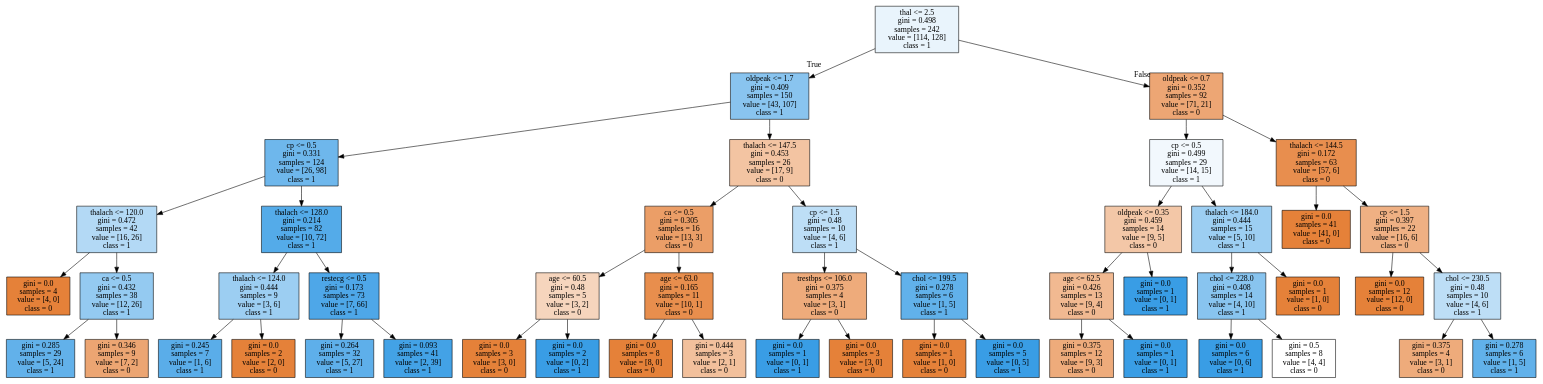
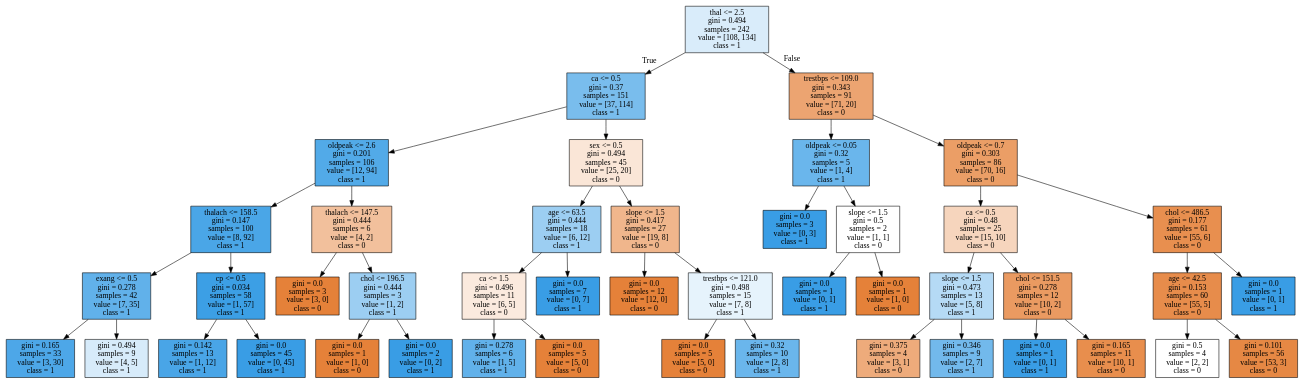
The diagram in lab-3/small_tree2.dot (AppLoidx/ML), drawn with Graphviz before and after one commit. The commit also changed 2 other files, not shown here.

```diff
--- a/lab-3/small_tree2.dot
+++ b/lab-3/small_tree2.dot
@@ -1,100 +1,92 @@
 digraph Tree {
 node [shape=box, style="filled", color="black"] ;
-0 [label="thal <= 2.5\ngini = 0.498\nsamples = 242\nvalue = [114, 128]\nclass = 1", fillcolor="#e9f4fc"] ;
-1 [label="oldpeak <= 1.7\ngini = 0.409\nsamples = 150\nvalue = [43, 107]\nclass = 1", fillcolor="#89c4ef"] ;
+0 [label="thal <= 2.5\ngini = 0.494\nsamples = 242\nvalue = [108, 134]\nclass = 1", fillcolor="#d9ecfa"] ;
+1 [label="ca <= 0.5\ngini = 0.37\nsamples = 151\nvalue = [37, 114]\nclass = 1", fillcolor="#79bded"] ;
 0 -> 1 [labeldistance=2.5, labelangle=45, headlabel="True"] ;
-2 [label="cp <= 0.5\ngini = 0.331\nsamples = 124\nvalue = [26, 98]\nclass = 1", fillcolor="#6eb7ec"] ;
+2 [label="oldpeak <= 2.6\ngini = 0.201\nsamples = 106\nvalue = [12, 94]\nclass = 1", fillcolor="#52aae8"] ;
 1 -> 2 ;
-3 [label="thalach <= 120.0\ngini = 0.472\nsamples = 42\nvalue = [16, 26]\nclass = 1", fillcolor="#b3d9f5"] ;
+3 [label="thalach <= 158.5\ngini = 0.147\nsamples = 100\nvalue = [8, 92]\nclass = 1", fillcolor="#4aa6e7"] ;
 2 -> 3 ;
-4 [label="gini = 0.0\nsamples = 4\nvalue = [4, 0]\nclass = 0", fillcolor="#e58139"] ;
+4 [label="exang <= 0.5\ngini = 0.278\nsamples = 42\nvalue = [7, 35]\nclass = 1", fillcolor="#61b1ea"] ;
 3 -> 4 ;
-5 [label="ca <= 0.5\ngini = 0.432\nsamples = 38\nvalue = [12, 26]\nclass = 1", fillcolor="#94caf1"] ;
-3 -> 5 ;
-6 [label="gini = 0.285\nsamples = 29\nvalue = [5, 24]\nclass = 1", fillcolor="#62b1ea"] ;
-5 -> 6 ;
-7 [label="gini = 0.346\nsamples = 9\nvalue = [7, 2]\nclass = 0", fillcolor="#eca572"] ;
-5 -> 7 ;
-8 [label="thalach <= 128.0\ngini = 0.214\nsamples = 82\nvalue = [10, 72]\nclass = 1", fillcolor="#54abe9"] ;
-2 -> 8 ;
-9 [label="thalach <= 124.0\ngini = 0.444\nsamples = 9\nvalue = [3, 6]\nclass = 1", fillcolor="#9ccef2"] ;
-8 -> 9 ;
-10 [label="gini = 0.245\nsamples = 7\nvalue = [1, 6]\nclass = 1", fillcolor="#5aade9"] ;
-9 -> 10 ;
-11 [label="gini = 0.0\nsamples = 2\nvalue = [2, 0]\nclass = 0", fillcolor="#e58139"] ;
-9 -> 11 ;
-12 [label="restecg <= 0.5\ngini = 0.173\nsamples = 73\nvalue = [7, 66]\nclass = 1", fillcolor="#4ea7e8"] ;
-8 -> 12 ;
-13 [label="gini = 0.264\nsamples = 32\nvalue = [5, 27]\nclass = 1", fillcolor="#5eafea"] ;
+5 [label="gini = 0.165\nsamples = 33\nvalue = [3, 30]\nclass = 1", fillcolor="#4da7e8"] ;
+4 -> 5 ;
+6 [label="gini = 0.494\nsamples = 9\nvalue = [4, 5]\nclass = 1", fillcolor="#d7ebfa"] ;
+4 -> 6 ;
+7 [label="cp <= 0.5\ngini = 0.034\nsamples = 58\nvalue = [1, 57]\nclass = 1", fillcolor="#3c9fe5"] ;
+3 -> 7 ;
+8 [label="gini = 0.142\nsamples = 13\nvalue = [1, 12]\nclass = 1", fillcolor="#49a5e7"] ;
+7 -> 8 ;
+9 [label="gini = 0.0\nsamples = 45\nvalue = [0, 45]\nclass = 1", fillcolor="#399de5"] ;
+7 -> 9 ;
+10 [label="thalach <= 147.5\ngini = 0.444\nsamples = 6\nvalue = [4, 2]\nclass = 0", fillcolor="#f2c09c"] ;
+2 -> 10 ;
+11 [label="gini = 0.0\nsamples = 3\nvalue = [3, 0]\nclass = 0", fillcolor="#e58139"] ;
+10 -> 11 ;
+12 [label="chol <= 196.5\ngini = 0.444\nsamples = 3\nvalue = [1, 2]\nclass = 1", fillcolor="#9ccef2"] ;
+10 -> 12 ;
+13 [label="gini = 0.0\nsamples = 1\nvalue = [1, 0]\nclass = 0", fillcolor="#e58139"] ;
 12 -> 13 ;
-14 [label="gini = 0.093\nsamples = 41\nvalue = [2, 39]\nclass = 1", fillcolor="#43a2e6"] ;
+14 [label="gini = 0.0\nsamples = 2\nvalue = [0, 2]\nclass = 1", fillcolor="#399de5"] ;
 12 -> 14 ;
-15 [label="thalach <= 147.5\ngini = 0.453\nsamples = 26\nvalue = [17, 9]\nclass = 0", fillcolor="#f3c4a2"] ;
+15 [label="sex <= 0.5\ngini = 0.494\nsamples = 45\nvalue = [25, 20]\nclass = 0", fillcolor="#fae6d7"] ;
 1 -> 15 ;
-16 [label="ca <= 0.5\ngini = 0.305\nsamples = 16\nvalue = [13, 3]\nclass = 0", fillcolor="#eb9e67"] ;
+16 [label="age <= 63.5\ngini = 0.444\nsamples = 18\nvalue = [6, 12]\nclass = 1", fillcolor="#9ccef2"] ;
 15 -> 16 ;
-17 [label="age <= 60.5\ngini = 0.48\nsamples = 5\nvalue = [3, 2]\nclass = 0", fillcolor="#f6d5bd"] ;
+17 [label="ca <= 1.5\ngini = 0.496\nsamples = 11\nvalue = [6, 5]\nclass = 0", fillcolor="#fbeade"] ;
 16 -> 17 ;
-18 [label="gini = 0.0\nsamples = 3\nvalue = [3, 0]\nclass = 0", fillcolor="#e58139"] ;
+18 [label="gini = 0.278\nsamples = 6\nvalue = [1, 5]\nclass = 1", fillcolor="#61b1ea"] ;
 17 -> 18 ;
-19 [label="gini = 0.0\nsamples = 2\nvalue = [0, 2]\nclass = 1", fillcolor="#399de5"] ;
+19 [label="gini = 0.0\nsamples = 5\nvalue = [5, 0]\nclass = 0", fillcolor="#e58139"] ;
 17 -> 19 ;
-20 [label="age <= 63.0\ngini = 0.165\nsamples = 11\nvalue = [10, 1]\nclass = 0", fillcolor="#e88e4d"] ;
+20 [label="gini = 0.0\nsamples = 7\nvalue = [0, 7]\nclass = 1", fillcolor="#399de5"] ;
 16 -> 20 ;
-21 [label="gini = 0.0\nsamples = 8\nvalue = [8, 0]\nclass = 0", fillcolor="#e58139"] ;
-20 -> 21 ;
-22 [label="gini = 0.444\nsamples = 3\nvalue = [2, 1]\nclass = 0", fillcolor="#f2c09c"] ;
-20 -> 22 ;
-23 [label="cp <= 1.5\ngini = 0.48\nsamples = 10\nvalue = [4, 6]\nclass = 1", fillcolor="#bddef6"] ;
-15 -> 23 ;
-24 [label="trestbps <= 106.0\ngini = 0.375\nsamples = 4\nvalue = [3, 1]\nclass = 0", fillcolor="#eeab7b"] ;
+21 [label="slope <= 1.5\ngini = 0.417\nsamples = 27\nvalue = [19, 8]\nclass = 0", fillcolor="#f0b68c"] ;
+15 -> 21 ;
+22 [label="gini = 0.0\nsamples = 12\nvalue = [12, 0]\nclass = 0", fillcolor="#e58139"] ;
+21 -> 22 ;
+23 [label="trestbps <= 121.0\ngini = 0.498\nsamples = 15\nvalue = [7, 8]\nclass = 1", fillcolor="#e6f3fc"] ;
+21 -> 23 ;
+24 [label="gini = 0.0\nsamples = 5\nvalue = [5, 0]\nclass = 0", fillcolor="#e58139"] ;
 23 -> 24 ;
-25 [label="gini = 0.0\nsamples = 1\nvalue = [0, 1]\nclass = 1", fillcolor="#399de5"] ;
-24 -> 25 ;
-26 [label="gini = 0.0\nsamples = 3\nvalue = [3, 0]\nclass = 0", fillcolor="#e58139"] ;
-24 -> 26 ;
-27 [label="chol <= 199.5\ngini = 0.278\nsamples = 6\nvalue = [1, 5]\nclass = 1", fillcolor="#61b1ea"] ;
-23 -> 27 ;
-28 [label="gini = 0.0\nsamples = 1\nvalue = [1, 0]\nclass = 0", fillcolor="#e58139"] ;
+25 [label="gini = 0.32\nsamples = 10\nvalue = [2, 8]\nclass = 1", fillcolor="#6ab6ec"] ;
+23 -> 25 ;
+26 [label="trestbps <= 109.0\ngini = 0.343\nsamples = 91\nvalue = [71, 20]\nclass = 0", fillcolor="#eca471"] ;
+0 -> 26 [labeldistance=2.5, labelangle=-45, headlabel="False"] ;
+27 [label="oldpeak <= 0.05\ngini = 0.32\nsamples = 5\nvalue = [1, 4]\nclass = 1", fillcolor="#6ab6ec"] ;
+26 -> 27 ;
+28 [label="gini = 0.0\nsamples = 3\nvalue = [0, 3]\nclass = 1", fillcolor="#399de5"] ;
 27 -> 28 ;
-29 [label="gini = 0.0\nsamples = 5\nvalue = [0, 5]\nclass = 1", fillcolor="#399de5"] ;
+29 [label="slope <= 1.5\ngini = 0.5\nsamples = 2\nvalue = [1, 1]\nclass = 0", fillcolor="#ffffff"] ;
 27 -> 29 ;
-30 [label="oldpeak <= 0.7\ngini = 0.352\nsamples = 92\nvalue = [71, 21]\nclass = 0", fillcolor="#eda674"] ;
-0 -> 30 [labeldistance=2.5, labelangle=-45, headlabel="False"] ;
-31 [label="cp <= 0.5\ngini = 0.499\nsamples = 29\nvalue = [14, 15]\nclass = 1", fillcolor="#f2f8fd"] ;
-30 -> 31 ;
-32 [label="oldpeak <= 0.35\ngini = 0.459\nsamples = 14\nvalue = [9, 5]\nclass = 0", fillcolor="#f3c7a7"] ;
-31 -> 32 ;
-33 [label="age <= 62.5\ngini = 0.426\nsamples = 13\nvalue = [9, 4]\nclass = 0", fillcolor="#f1b991"] ;
+30 [label="gini = 0.0\nsamples = 1\nvalue = [0, 1]\nclass = 1", fillcolor="#399de5"] ;
+29 -> 30 ;
+31 [label="gini = 0.0\nsamples = 1\nvalue = [1, 0]\nclass = 0", fillcolor="#e58139"] ;
+29 -> 31 ;
+32 [label="oldpeak <= 0.7\ngini = 0.303\nsamples = 86\nvalue = [70, 16]\nclass = 0", fillcolor="#eb9e66"] ;
+26 -> 32 ;
+33 [label="ca <= 0.5\ngini = 0.48\nsamples = 25\nvalue = [15, 10]\nclass = 0", fillcolor="#f6d5bd"] ;
 32 -> 33 ;
-34 [label="gini = 0.375\nsamples = 12\nvalue = [9, 3]\nclass = 0", fillcolor="#eeab7b"] ;
+34 [label="slope <= 1.5\ngini = 0.473\nsamples = 13\nvalue = [5, 8]\nclass = 1", fillcolor="#b5daf5"] ;
 33 -> 34 ;
-35 [label="gini = 0.0\nsamples = 1\nvalue = [0, 1]\nclass = 1", fillcolor="#399de5"] ;
-33 -> 35 ;
-36 [label="gini = 0.0\nsamples = 1\nvalue = [0, 1]\nclass = 1", fillcolor="#399de5"] ;
-32 -> 36 ;
-37 [label="thalach <= 184.0\ngini = 0.444\nsamples = 15\nvalue = [5, 10]\nclass = 1", fillcolor="#9ccef2"] ;
-31 -> 37 ;
-38 [label="chol <= 228.0\ngini = 0.408\nsamples = 14\nvalue = [4, 10]\nclass = 1", fillcolor="#88c4ef"] ;
+35 [label="gini = 0.375\nsamples = 4\nvalue = [3, 1]\nclass = 0", fillcolor="#eeab7b"] ;
+34 -> 35 ;
+36 [label="gini = 0.346\nsamples = 9\nvalue = [2, 7]\nclass = 1", fillcolor="#72b9ec"] ;
+34 -> 36 ;
+37 [label="chol <= 151.5\ngini = 0.278\nsamples = 12\nvalue = [10, 2]\nclass = 0", fillcolor="#ea9a61"] ;
+33 -> 37 ;
+38 [label="gini = 0.0\nsamples = 1\nvalue = [0, 1]\nclass = 1", fillcolor="#399de5"] ;
 37 -> 38 ;
-39 [label="gini = 0.0\nsamples = 6\nvalue = [0, 6]\nclass = 1", fillcolor="#399de5"] ;
-38 -> 39 ;
-40 [label="gini = 0.5\nsamples = 8\nvalue = [4, 4]\nclass = 0", fillcolor="#ffffff"] ;
-38 -> 40 ;
-41 [label="gini = 0.0\nsamples = 1\nvalue = [1, 0]\nclass = 0", fillcolor="#e58139"] ;
-37 -> 41 ;
-42 [label="thalach <= 144.5\ngini = 0.172\nsamples = 63\nvalue = [57, 6]\nclass = 0", fillcolor="#e88e4e"] ;
-30 -> 42 ;
-43 [label="gini = 0.0\nsamples = 41\nvalue = [41, 0]\nclass = 0", fillcolor="#e58139"] ;
-42 -> 43 ;
-44 [label="cp <= 1.5\ngini = 0.397\nsamples = 22\nvalue = [16, 6]\nclass = 0", fillcolor="#efb083"] ;
-42 -> 44 ;
-45 [label="gini = 0.0\nsamples = 12\nvalue = [12, 0]\nclass = 0", fillcolor="#e58139"] ;
-44 -> 45 ;
-46 [label="chol <= 230.5\ngini = 0.48\nsamples = 10\nvalue = [4, 6]\nclass = 1", fillcolor="#bddef6"] ;
-44 -> 46 ;
-47 [label="gini = 0.375\nsamples = 4\nvalue = [3, 1]\nclass = 0", fillcolor="#eeab7b"] ;
-46 -> 47 ;
-48 [label="gini = 0.278\nsamples = 6\nvalue = [1, 5]\nclass = 1", fillcolor="#61b1ea"] ;
-46 -> 48 ;
+39 [label="gini = 0.165\nsamples = 11\nvalue = [10, 1]\nclass = 0", fillcolor="#e88e4d"] ;
+37 -> 39 ;
+40 [label="chol <= 486.5\ngini = 0.177\nsamples = 61\nvalue = [55, 6]\nclass = 0", fillcolor="#e88f4f"] ;
+32 -> 40 ;
+41 [label="age <= 42.5\ngini = 0.153\nsamples = 60\nvalue = [55, 5]\nclass = 0", fillcolor="#e78c4b"] ;
+40 -> 41 ;
+42 [label="gini = 0.5\nsamples = 4\nvalue = [2, 2]\nclass = 0", fillcolor="#ffffff"] ;
+41 -> 42 ;
+43 [label="gini = 0.101\nsamples = 56\nvalue = [53, 3]\nclass = 0", fillcolor="#e68844"] ;
+41 -> 43 ;
+44 [label="gini = 0.0\nsamples = 1\nvalue = [0, 1]\nclass = 1", fillcolor="#399de5"] ;
+40 -> 44 ;
 }
```
